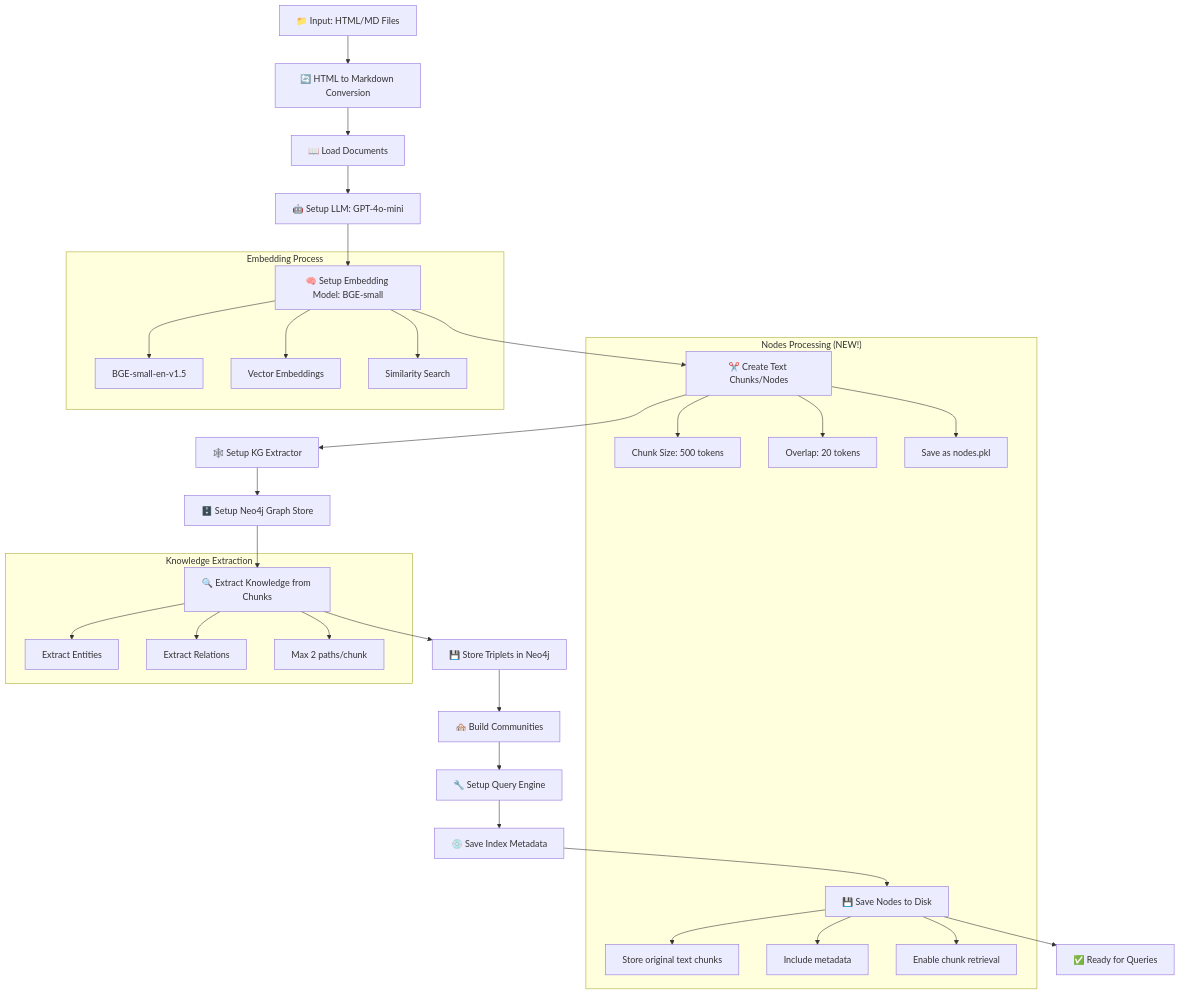
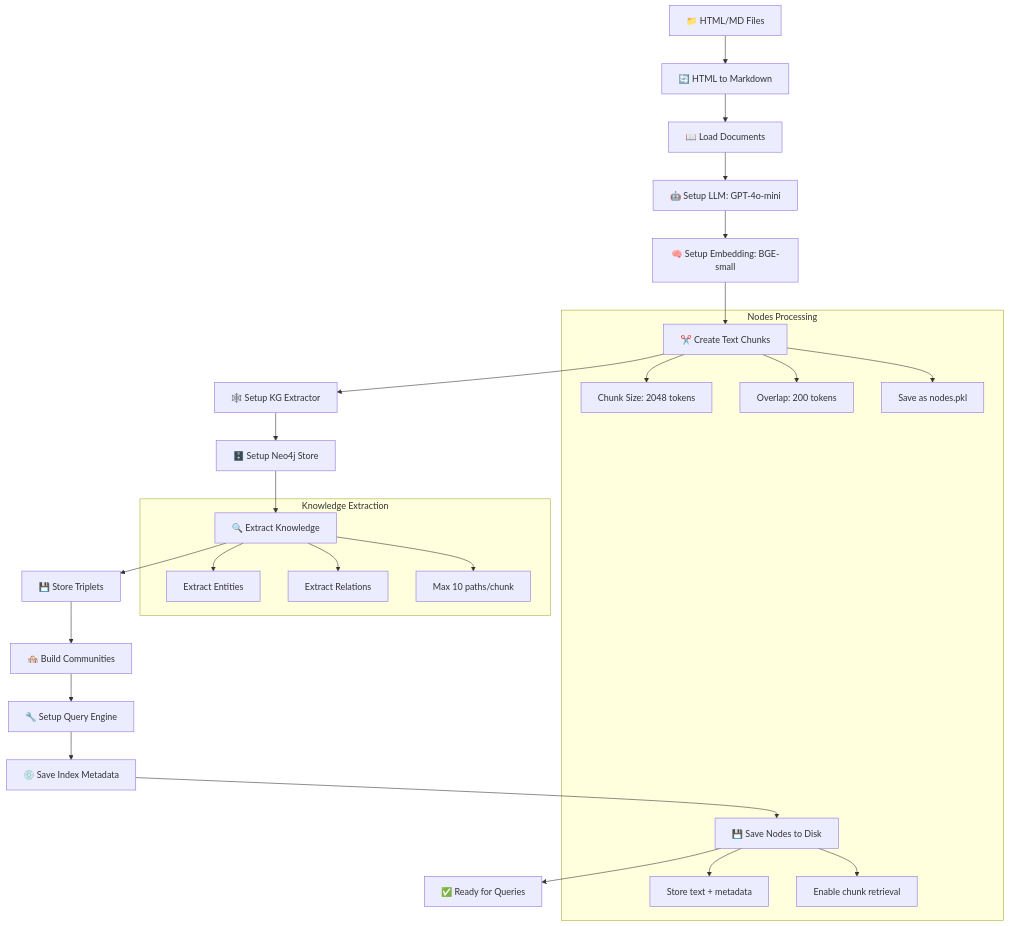
The first of 3 diagrams in unit12/README.md (tranduythanh/Build-GenAI-Course-DataScienceWorld.Kan), drawn with Mermaid before and after one commit. The commit also changed other lines of this file and 1 other file, not shown here.

Commit message:
Enhance Makefile and README for improved Neo4j management and build index functionality; add build-index target and update usage instructions.

````diff
--- a/unit12/README.md
+++ b/unit12/README.md
@@ -70,38 +88,31 @@
 ```mermaid
 graph TD
-    A[📁 Input: HTML/MD Files] --> B[🔄 HTML to Markdown Conversion]
+    A[📁 HTML/MD Files] --> B[🔄 HTML to Markdown]
     B --> C[📖 Load Documents]
     C --> D[🤖 Setup LLM: GPT-4o-mini]
-    D --> E[🧠 Setup Embedding Model: BGE-small]
-    E --> F[✂️ Create Text Chunks/Nodes]
+    D --> E[🧠 Setup Embedding: BGE-small]
+    E --> F[✂️ Create Text Chunks]
     F --> G[🕸️ Setup KG Extractor]
-    G --> H[🗄️ Setup Neo4j Graph Store]
-    H --> I[🔍 Extract Knowledge from Chunks]
-    I --> J[💾 Store Triplets in Neo4j]
+    G --> H[🗄️ Setup Neo4j Store]
+    H --> I[🔍 Extract Knowledge]
+    I --> J[💾 Store Triplets]
     J --> K[🏘️ Build Communities]
     K --> L[🔧 Setup Query Engine]
     L --> M[💿 Save Index Metadata]
     M --> N[💾 Save Nodes to Disk]
     N --> O[✅ Ready for Queries]
 
-    subgraph "Nodes Processing (NEW!)"
-        F --> F1[Chunk Size: 500 tokens]
-        F --> F2[Overlap: 20 tokens]
+    subgraph "Nodes Processing"
+        F --> F1[Chunk Size: 2048 tokens]
+        F --> F2[Overlap: 200 tokens]
         F --> F3[Save as nodes.pkl]
-        N --> N1[Store original text chunks]
-        N --> N2[Include metadata]
-        N --> N3[Enable chunk retrieval]
+        N --> N1[Store text + metadata]
+        N --> N2[Enable chunk retrieval]
     end
 
     subgraph "Knowledge Extraction"
         I --> I1[Extract Entities]
         I --> I2[Extract Relations]
-        I --> I3[Max 2 paths/chunk]
-    end
-
-    subgraph "Embedding Process"
-        E --> E1[BGE-small-en-v1.5]
-        E --> E2[Vector Embeddings]
-        E --> E3[Similarity Search]
+        I --> I3[Max 10 paths/chunk]
     end
 ```
````
